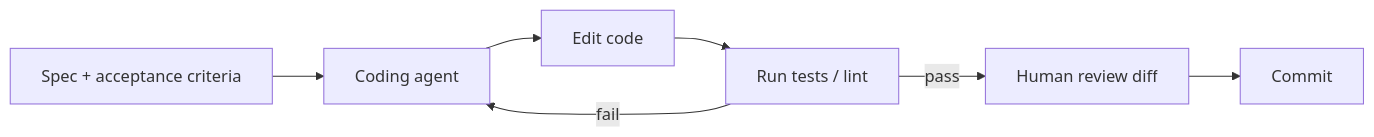
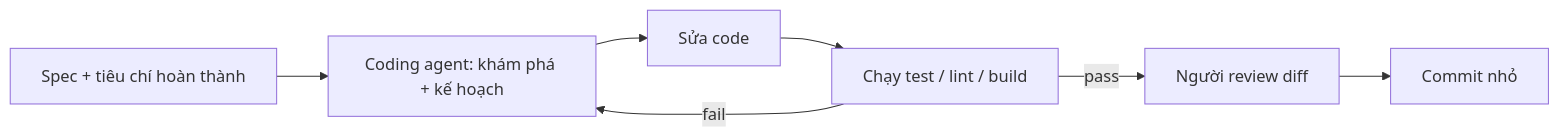
Before and after one commit to passion-Infinity/personal-tech-playbook: the diagram in src/assets/knowledge/playbooks/ai-engineering/ai-coding-assistants-workflow.md, drawn with Mermaid. The commit also changed other lines of this file and 6 other files, not shown here.

First line of the commit message:
Deep-dive rewrite: context/memory, tool use/MCP, agents, multi-agent, coding assistants, image/video generation

````diff
--- a/src/assets/knowledge/playbooks/ai-engineering/ai-coding-assistants-workflow.md
+++ b/src/assets/knowledge/playbooks/ai-engineering/ai-coding-assistants-workflow.md
@@ -17,8 +40,9 @@
 ```mermaid
 flowchart LR
-    S["Spec + acceptance criteria"] --> AG["Coding agent"]
-    AG --> CODE["Edit code"]
-    CODE --> TEST["Run tests / lint"]
-    TEST -->|fail| AG
-    TEST -->|pass| REV["Human review diff"] --> GIT["Commit"]
+    S["Spec + tiêu chí hoàn thành"] --> AG["Coding agent: khám phá + kế hoạch"]
+    AG --> CODE["Sửa code"]
+    CODE --> TEST["Chạy test / lint / build"]
+    TEST -->|"fail"| AG
+    TEST -->|"pass"| REV["Người review diff"]
+    REV --> GIT["Commit nhỏ"]
 ```
````
